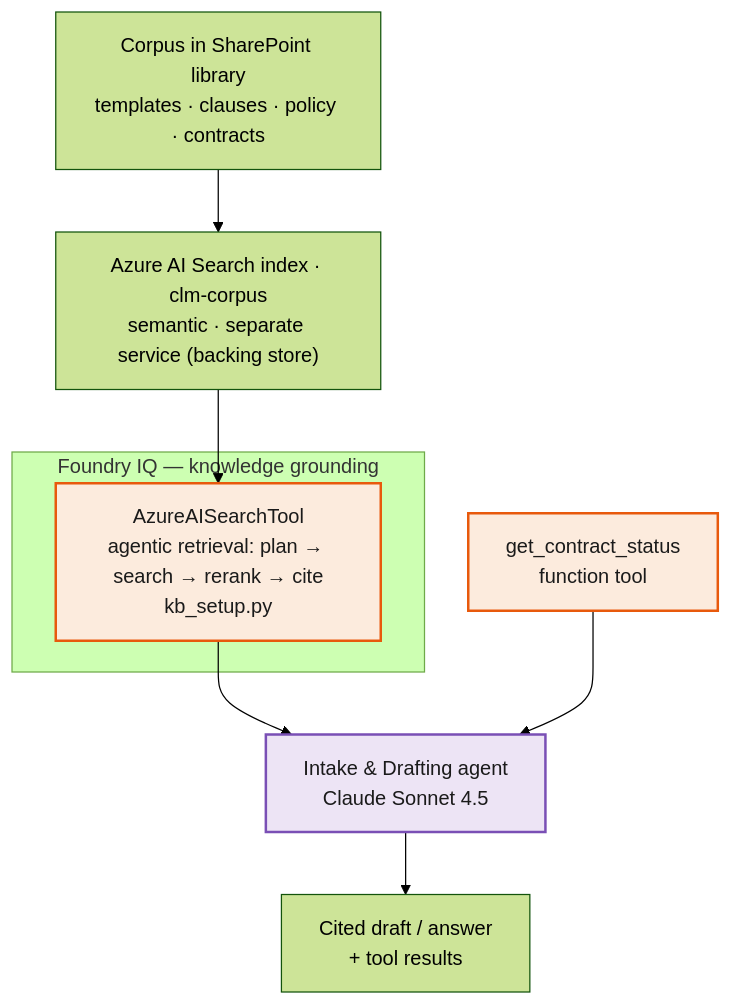
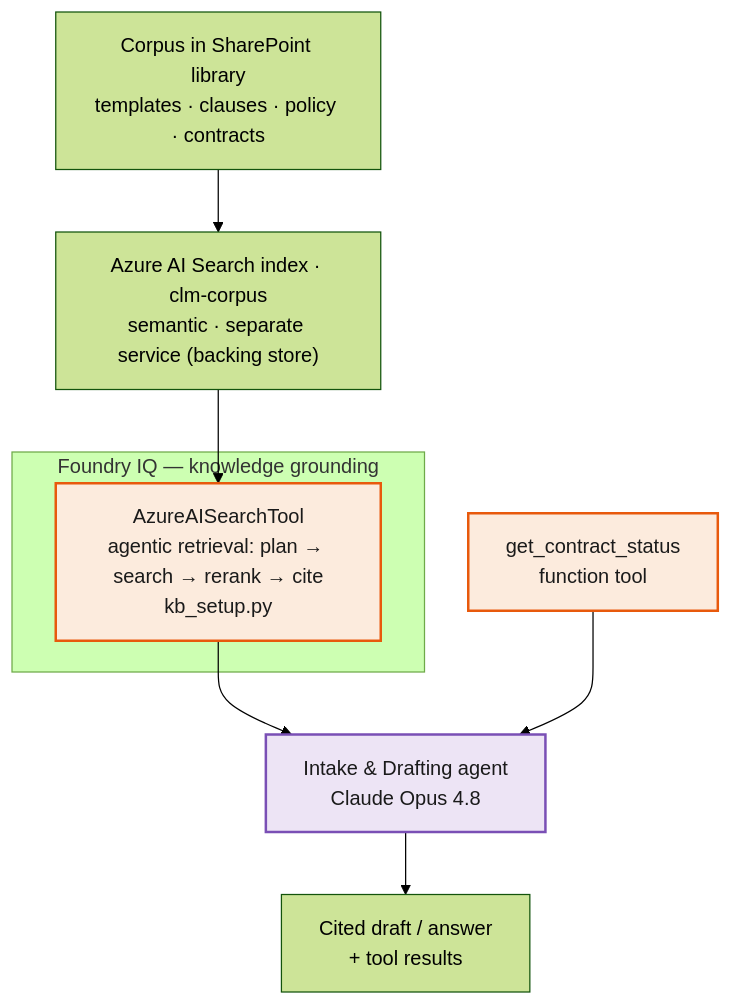
The diagram in challenges/challenge-02.md (glejdis/microhack-aiagents), drawn with Mermaid (forest theme) before and after one commit. The commit also changed other lines of this file and 33 other files, not shown here.

First line of the commit message:
Switch Claude model to Opus 4.8 and add quota preflight to deploy-lab.ps1

````diff
--- a/challenges/challenge-02.md
+++ b/challenges/challenge-02.md
@@ -61,14 +61,14 @@
 ```mermaid
 flowchart TB
   A["Corpus in SharePoint library<br/>templates · clauses · policy · contracts"] --> B["Azure AI Search index · clm-corpus<br/>semantic · separate service (backing store)"]
   B --> D
   subgraph IQ["Foundry IQ — knowledge grounding"]
     D["AzureAISearchTool<br/>agentic retrieval: plan → search → rerank → cite<br/>kb_setup.py"]
   end
-  D --> E["Intake &amp; Drafting agent<br/>Claude Sonnet 4.5"]
+  D --> E["Intake &amp; Drafting agent<br/>Claude Opus 4.8"]
   F["get_contract_status<br/>function tool"] --> E
   E --> G["Cited draft / answer<br/>+ tool results"]
   style D fill:#FCEBDD,stroke:#E8590C,stroke-width:2px,color:#1A1A1A
   style E fill:#EDE4F5,stroke:#7A4FB5,stroke-width:2px,color:#1A1A1A
   style F fill:#FCEBDD,stroke:#E8590C,stroke-width:2px,color:#1A1A1A
 ```
````
